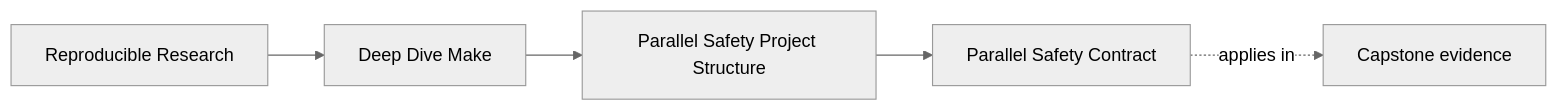
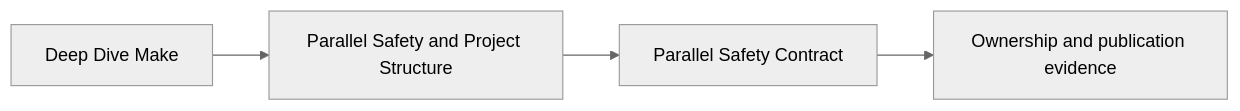
One commit to bijux/bijux-masterclass changed the first of 2 diagrams in programs/reproducible-research/deep-dive-make/course-book/module-02-parallel-safety-project-structure/parallel-safety-contract.md. Above: the diagram before and after it, drawn with Mermaid (neutral theme). The commit also changed other lines of this file, not shown here.

Commit message:
docs(make): teach filesystem effect ownership

````diff
--- a/programs/reproducible-research/deep-dive-make/course-book/module-02-parallel-safety-project-structure/parallel-safety-contract.md
+++ b/programs/reproducible-research/deep-dive-make/course-book/module-02-parallel-safety-project-structure/parallel-safety-contract.md
@@ -7,11 +9,6 @@
 ```mermaid
 graph LR
-  family["Reproducible Research"]
-  program["Deep Dive Make"]
-  section["Parallel Safety Project Structure"]
-  page["Parallel Safety Contract"]
-  capstone["Capstone evidence"]
-
-  family --> program --> section --> page
-  page -.applies in.-> capstone
+  course["Deep Dive Make"] --> module["Parallel Safety and Project Structure"]
+  module --> page["Parallel Safety Contract"]
+  page --> proof["Ownership and publication evidence"]
 ```
````
